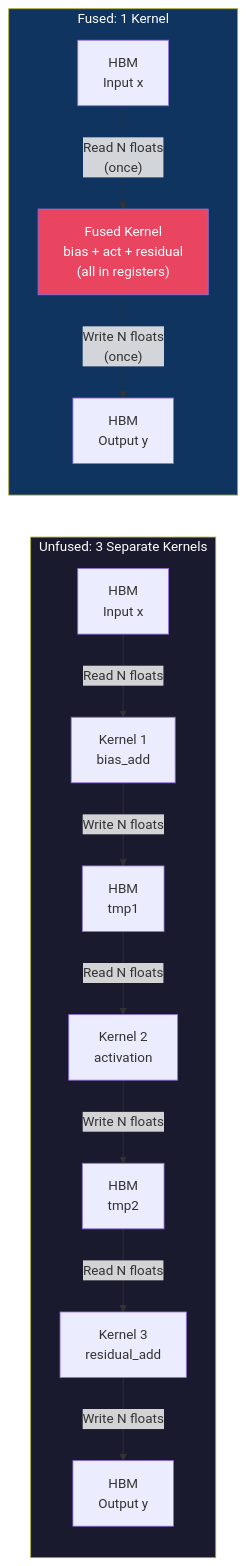
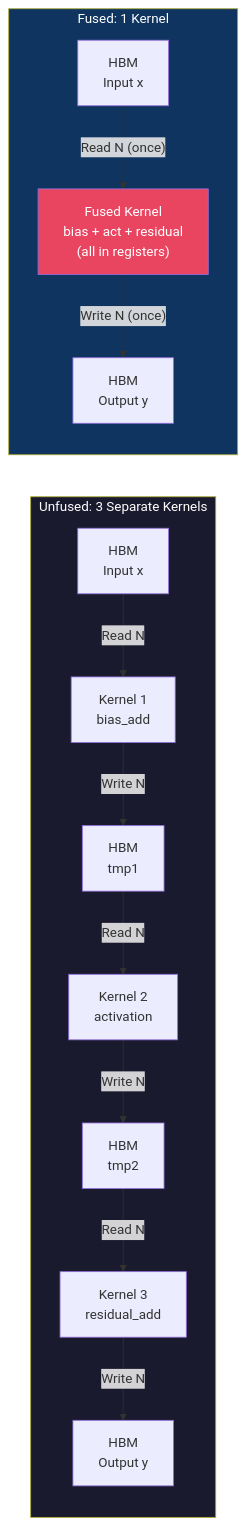
Before and after one commit to dkkh87/CPP-CUDA-Mastery: the first of 2 diagrams in Part-08-CUDA-AI-ML/66_Custom_CUDA_Kernels_ML.md, drawn with Mermaid. The commit also changed other lines of this file, not shown here.

````diff
--- a/Part-08-CUDA-AI-ML/66_Custom_CUDA_Kernels_ML.md
+++ b/Part-08-CUDA-AI-ML/66_Custom_CUDA_Kernels_ML.md
@@ -57,34 +49,26 @@
 ```mermaid
 flowchart LR
     subgraph Unfused["Unfused: 3 Separate Kernels"]
         direction TB
         HBM1["HBM<br/>Input x"]
         K1["Kernel 1<br/>bias_add"]
         HBM2["HBM<br/>tmp1"]
         K2["Kernel 2<br/>activation"]
         HBM3["HBM<br/>tmp2"]
         K3["Kernel 3<br/>residual_add"]
         HBM4["HBM<br/>Output y"]
-
-        HBM1 -->|"Read N floats"| K1
-        K1 -->|"Write N floats"| HBM2
-        HBM2 -->|"Read N floats"| K2
-        K2 -->|"Write N floats"| HBM3
-        HBM3 -->|"Read N floats"| K3
-        K3 -->|"Write N floats"| HBM4
+        HBM1 -->|"Read N"| K1 -->|"Write N"| HBM2
+        HBM2 -->|"Read N"| K2 -->|"Write N"| HBM3
+        HBM3 -->|"Read N"| K3 -->|"Write N"| HBM4
     end
-
     subgraph Fused["Fused: 1 Kernel"]
         direction TB
         HBMA["HBM<br/>Input x"]
         FK["Fused Kernel<br/>bias + act + residual<br/>(all in registers)"]
         HBMB["HBM<br/>Output y"]
-
-        HBMA -->|"Read N floats<br/>(once)"| FK
-        FK -->|"Write N floats<br/>(once)"| HBMB
+        HBMA -->|"Read N (once)"| FK -->|"Write N (once)"| HBMB
     end
-
     style Unfused fill:#1a1a2e,color:#fff
     style Fused fill:#0f3460,color:#fff
     style FK fill:#e94560,color:#fff
 ```
````
